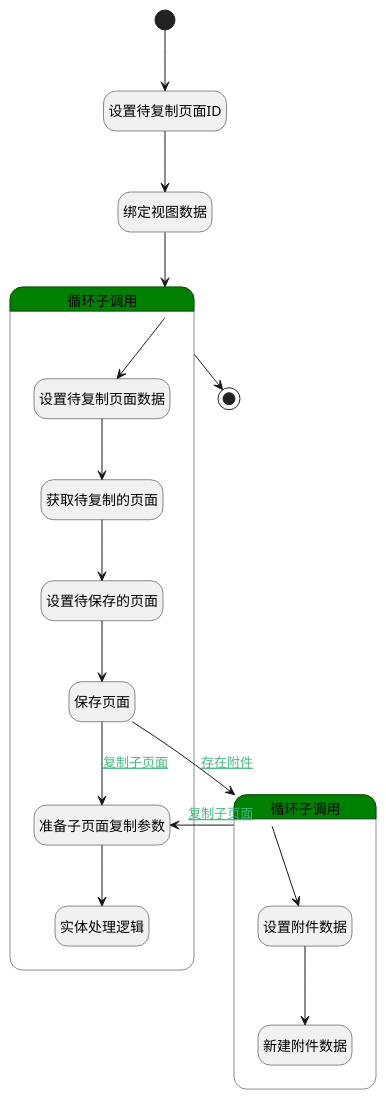
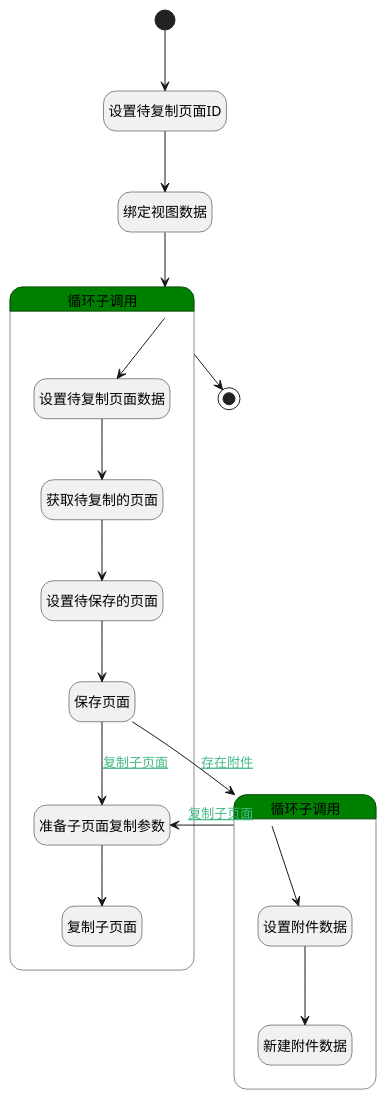
Before and after one commit to iBizLab/plm: the diagram in doc/docsify/module/Wiki/article_page/logic/copy_page.md, drawn with PlantUML. The commit also changed other lines of this file and 1778 other files, not shown here.

````diff
--- a/doc/docsify/module/Wiki/article_page/logic/copy_page.md
+++ b/doc/docsify/module/Wiki/article_page/logic/copy_page.md
@@ -7,46 +7,46 @@
 ```plantuml
 @startuml
 hide empty description
 <style>
 root {
   HyperlinkColor #42b983
 }
 </style>
 
 hide empty description
 state "开始" as Begin <<start>> [[$./copy_page#begin {"开始"}]]
 state "设置待复制页面ID" as PREPAREPARAM1  [[$./copy_page#prepareparam1 {"设置待复制页面ID"}]]
 state "绑定视图数据" as BINDPARAM1  [[$./copy_page#bindparam1 {"绑定视图数据"}]]
 state "结束" as END1 <<end>> [[$./copy_page#end1 {"结束"}]]
 state "循环子调用" as LOOPSUBCALL1  [[$./copy_page#loopsubcall1 {"循环子调用"}]] #green {
 state "设置待复制页面数据" as PREPAREPARAM2  [[$./copy_page#prepareparam2 {"设置待复制页面数据"}]]
 state "获取待复制的页面" as DEACTION1  [[$./copy_page#deaction1 {"获取待复制的页面"}]]
 state "设置待保存的页面" as PREPAREPARAM3  [[$./copy_page#prepareparam3 {"设置待保存的页面"}]]
 state "保存页面" as DEACTION2  [[$./copy_page#deaction2 {"保存页面"}]]
 state "准备子页面复制参数" as PREPAREPARAM5  [[$./copy_page#prepareparam5 {"准备子页面复制参数"}]]
-state "实体处理逻辑" as DELOGIC1  [[$./copy_page#delogic1 {"实体处理逻辑"}]]
+state "复制子页面" as DELOGIC1  [[$./copy_page#delogic1 {"复制子页面"}]]
 }
 state "循环子调用" as LOOPSUBCALL2  [[$./copy_page#loopsubcall2 {"循环子调用"}]] #green {
 state "设置附件数据" as PREPAREPARAM4  [[$./copy_page#prepareparam4 {"设置附件数据"}]]
 state "新建附件数据" as DEACTION3  [[$./copy_page#deaction3 {"新建附件数据"}]]
 }
 
 
 Begin --> PREPAREPARAM1
 PREPAREPARAM1 --> BINDPARAM1
 BINDPARAM1 --> LOOPSUBCALL1
 LOOPSUBCALL1 --> PREPAREPARAM2
 PREPAREPARAM2 --> DEACTION1
 DEACTION1 --> PREPAREPARAM3
 PREPAREPARAM3 --> DEACTION2
 DEACTION2 --> LOOPSUBCALL2 : [[$./copy_page#deaction2-loopsubcall2{存在附件} 存在附件]]
 LOOPSUBCALL2 --> PREPAREPARAM5 : [[$./copy_page#loopsubcall2-prepareparam5{复制子页面} 复制子页面]]
 PREPAREPARAM5 --> DELOGIC1
 LOOPSUBCALL2 --> PREPAREPARAM4
 PREPAREPARAM4 --> DEACTION3
 DEACTION2 --> PREPAREPARAM5 : [[$./copy_page#deaction2-prepareparam5{复制子页面} 复制子页面]]
 LOOPSUBCALL1 --> END1
 
 
 @enduml
 ```
````
